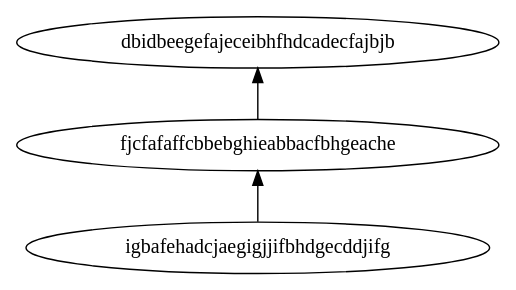
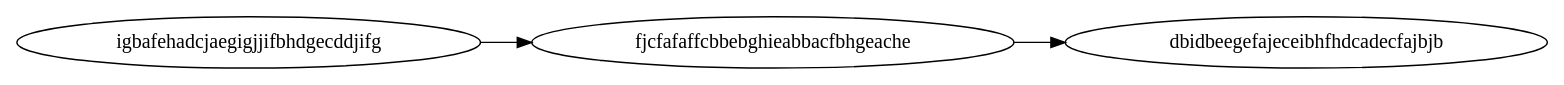
The diagram in qrgui/dotFiles/graph1.dot (qreal/qreal), drawn with Graphviz before and after one commit. The commit also changed 5 other files, not shown here.

```diff
--- a/qrgui/dotFiles/graph1.dot
+++ b/qrgui/dotFiles/graph1.dot
@@ -1,5 +1,5 @@
 digraph G { 
-rankdir=BT; 
+rankdir=LR; 
 igbafehadcjaegigjjifbhdgecddjifg -> fjcfafaffcbbebghieabbacfbhgeache;
 fjcfafaffcbbebghieabbacfbhgeache -> dbidbeegefajeceibhfhdcadecfajbjb;
 }
```
